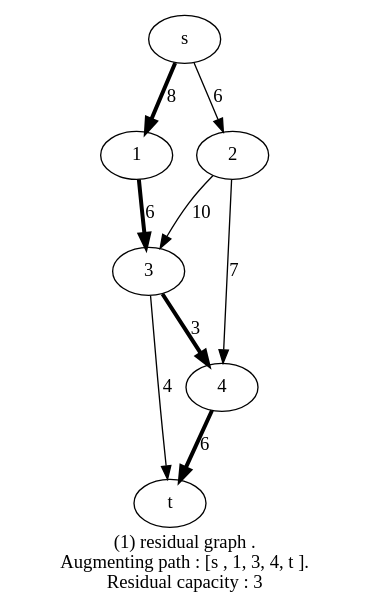
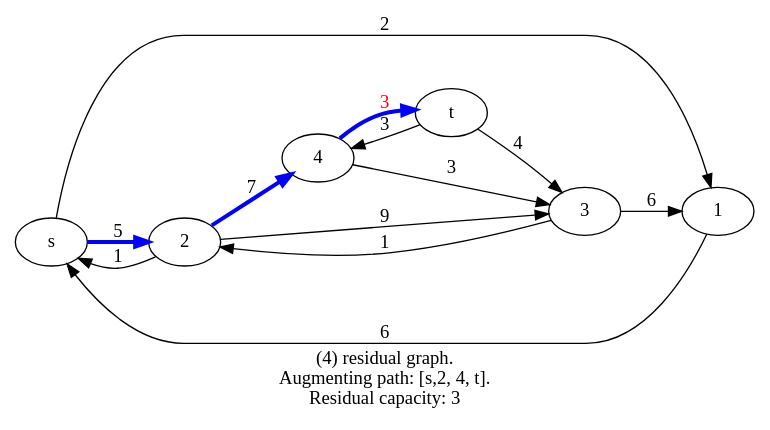
Before and after one commit to Milhka/MaximumFlow: the diagram in test.gv, drawn with Graphviz. The commit also changed 8 other files, not shown here.

```diff
--- a/test.gv
+++ b/test.gv
@@ -1,14 +1,18 @@
-digraph residualGraph1 {
-    rankdir =" LR ";
-    label ="(1) residual graph .
-Augmenting path : [s , 1, 3, 4, t ].
-Residual capacity : 3";
-    s -> 1 [ label ="8" , len =8 , penwidth =3 , color =" blue "];
-    s -> 2 [ label ="6" , len =6];
-    1 -> 3 [ label ="6" , len =6 , penwidth =3 , color =" blue "];
-    2 -> 3 [ label ="10" , len =10];
-    2 -> 4 [ label ="7" , len =7];
-    3 -> 4 [ label ="3" , len =3 , fontcolor =" red " , penwidth =3 , color =" blue "];
-    3 -> t [ label ="4" , len =4];
-    4 -> t [ label ="6" , len =6 , penwidth =3 , color =" blue "];
+digraph residualGraph4 {
+    rankdir="LR";
+    label="(4) residual graph.
+Augmenting path: [s,2, 4, t].
+Residual capacity: 3";
+    s -> 1 [label="2", len=2];
+    s -> 2 [label="5", len=5, penwidth=3, color="blue"];
+    t -> 4 [label="3", len=3];
+    t -> 3 [label="4", len=4];
+    1 -> s [label="6", len=6];
+    2 -> 3 [label="9", len=9];
+    2 -> 4 [label="7", len=7, penwidth=3, color="blue"];
+    2 -> s [label="1", len=1];
+    3 -> 1 [label="6", len=6];
+    3 -> 2 [label="1", len=1];
+    4 -> t [label="3", len=3, fontcolor="red", penwidth=3, color="blue"];
+    4 -> 3 [label="3", len=3];
 }
```
